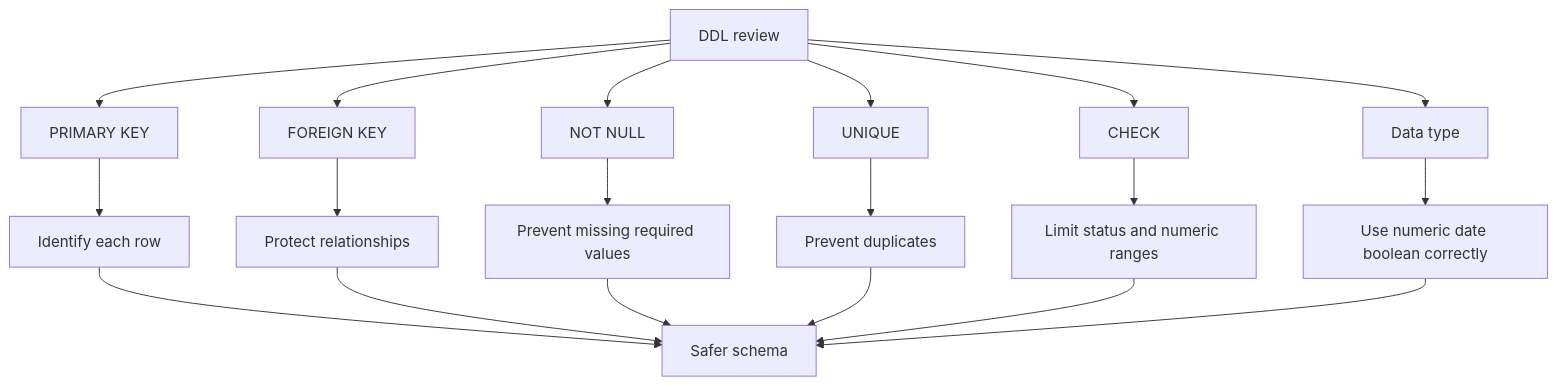
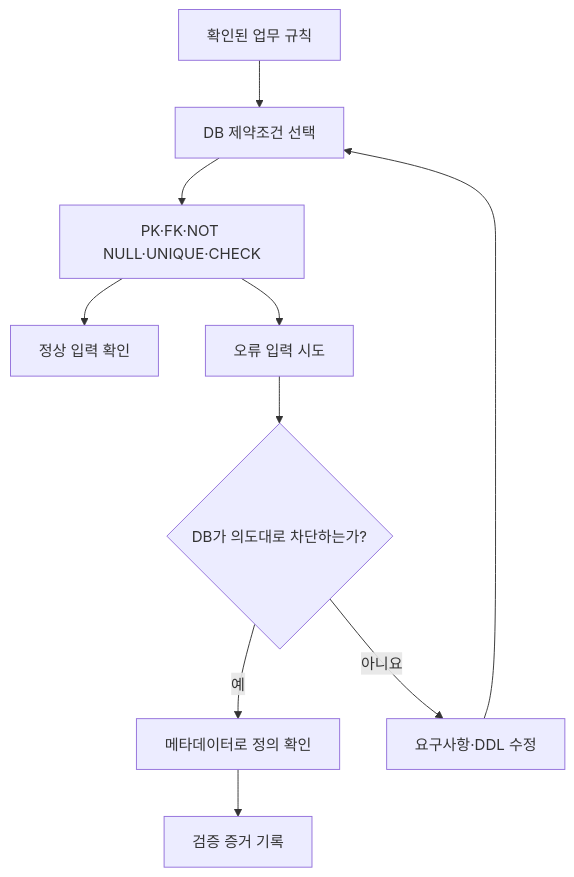
The diagram in images/chapter13/ch13_06_constraints_review.mmd (GilbertMoon/ai-database-book), drawn with Mermaid before and after one commit.

Commit message:
Revise Chapter 13 constraints Mermaid

```diff
--- a/images/chapter13/ch13_06_constraints_review.mmd
+++ b/images/chapter13/ch13_06_constraints_review.mmd
@@ -1,21 +1,10 @@
 flowchart TB
-    A[DDL review] --> B[PRIMARY KEY]
-    A --> C[FOREIGN KEY]
-    A --> D[NOT NULL]
-    A --> E[UNIQUE]
-    A --> F[CHECK]
-    A --> G[Data type]
-
-    B --> B1[Identify each row]
-    C --> C1[Protect relationships]
-    D --> D1[Prevent missing required values]
-    E --> E1[Prevent duplicates]
-    F --> F1[Limit status and numeric ranges]
-    G --> G1[Use numeric date boolean correctly]
-
-    B1 --> H[Safer schema]
-    C1 --> H
-    D1 --> H
-    E1 --> H
-    F1 --> H
-    G1 --> H
+    A[확인된 업무 규칙] --> B[DB 제약조건 선택]
+    B --> C[PK·FK·NOT NULL·UNIQUE·CHECK]
+    C --> D[정상 입력 확인]
+    C --> E[오류 입력 시도]
+    E --> F{DB가 의도대로 차단하는가?}
+    F -- 예 --> G[메타데이터로 정의 확인]
+    F -- 아니요 --> H[요구사항·DDL 수정]
+    H --> B
+    G --> I[검증 증거 기록]
```
